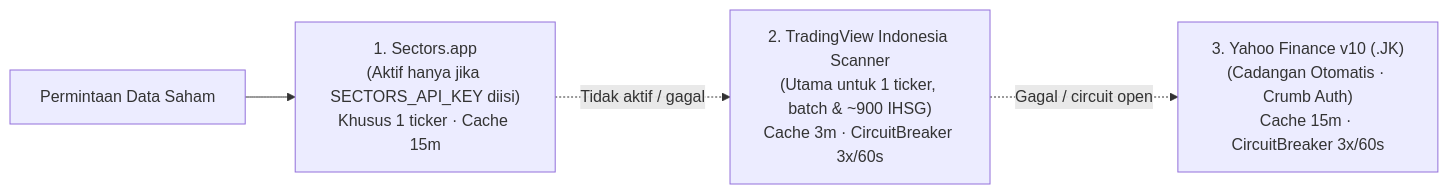
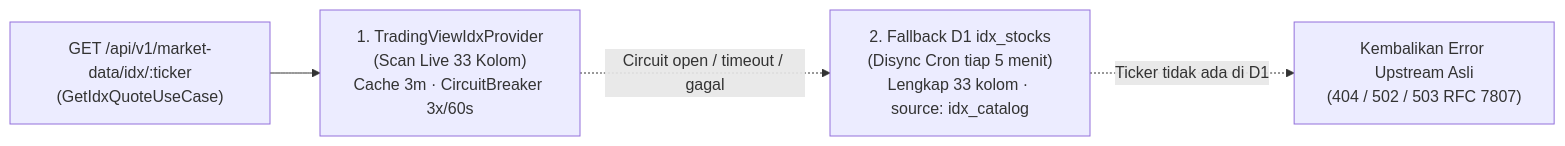
One commit to charlybutar21/stock-mate-v2 changed the diagram in docs/id/integration-guide.md. Above: the diagram before and after it, drawn with Mermaid. The commit also changed other lines of this file and 28 other files, not shown here.

Commit message:
refactor(market-data): use TradingView-only with D1 idx_stocks fallback

````diff
--- a/docs/id/integration-guide.md
+++ b/docs/id/integration-guide.md
@@ -12,6 +12,6 @@
 ```mermaid
 flowchart LR
-    Req["Permintaan Data Saham"] --> S["1. Sectors.app<br/>(Aktif hanya jika SECTORS_API_KEY diisi)<br/>Khusus 1 ticker · Cache 15m"]
-    S -.->|"Tidak aktif / gagal"| T["2. TradingView Indonesia Scanner<br/>(Utama untuk 1 ticker, batch & ~900 IHSG)<br/>Cache 3m · CircuitBreaker 3x/60s"]
-    T -.->|"Gagal / circuit open"| Y["3. Yahoo Finance v10 (.JK)<br/>(Cadangan Otomatis · Crumb Auth)<br/>Cache 15m · CircuitBreaker 3x/60s"]
+    Req["GET /api/v1/market-data/idx/:ticker<br/>(GetIdxQuoteUseCase)"] --> TV["1. TradingViewIdxProvider<br/>(Scan Live 33 Kolom)<br/>Cache 3m · CircuitBreaker 3x/60s"]
+    TV -.->|"Circuit open / timeout / gagal"| D1["2. Fallback D1 idx_stocks<br/>(Disync Cron tiap 5 menit)<br/>Lengkap 33 kolom · source: idx_catalog"]
+    D1 -.->|"Ticker tidak ada di D1"| Err["Kembalikan Error Upstream Asli<br/>(404 / 502 / 503 RFC 7807)"]
 ```
````
